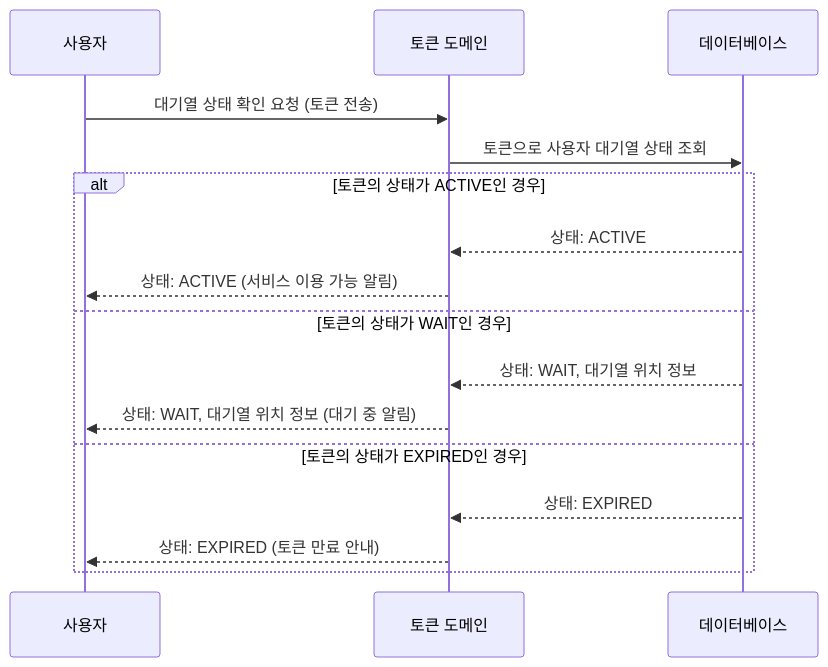
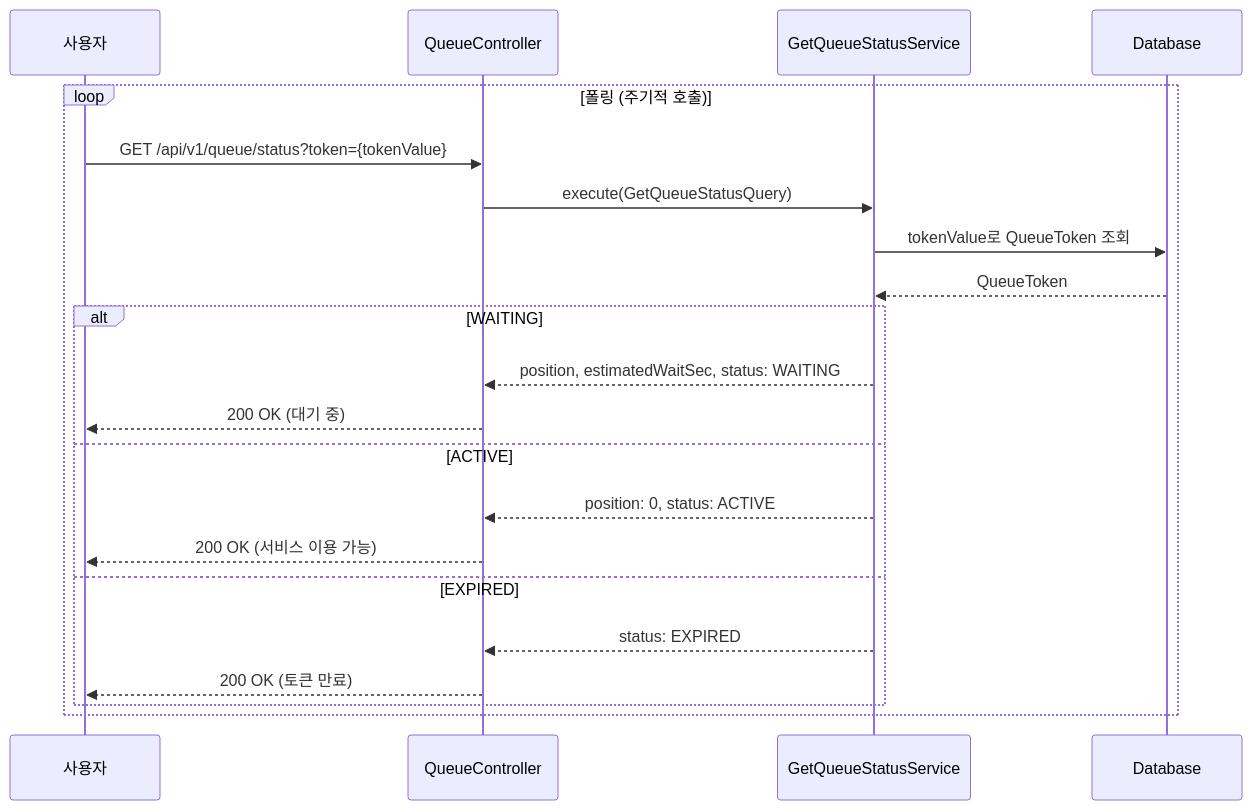
The second of 10 diagrams in docs/02_SequenceDiagram.md (jhwon91/concert-reservation-system), drawn with Mermaid before and after one commit. The commit also changed other lines of this file and 4 other files, not shown here.

````diff
--- a/docs/02_SequenceDiagram.md
+++ b/docs/02_SequenceDiagram.md
@@ -47,21 +35,25 @@
 ```mermaid
 sequenceDiagram
+    participant Client as 사용자
+    participant Controller as QueueController
+    participant Service as GetQueueStatusService
+    participant DB as Database
 
-    participant Client as 사용자
-    participant tokenDomain as 토큰 도메인
-    participant Database as 데이터베이스
+    loop 폴링 (주기적 호출)
+        Client->>Controller: GET /api/v1/queue/status?token={tokenValue}
+        Controller->>Service: execute(GetQueueStatusQuery)
+        Service->>DB: tokenValue로 QueueToken 조회
+        DB-->>Service: QueueToken
 
-    Client->>tokenDomain: 대기열 상태 확인 요청 (토큰 전송)
-    tokenDomain->>Database: 토큰으로 사용자 대기열 상태 조회
-
-    alt 토큰의 상태가 ACTIVE인 경우
-        Database-->>tokenDomain: 상태: ACTIVE
-        tokenDomain-->>Client: 상태: ACTIVE (서비스 이용 가능 알림)
-    else 토큰의 상태가 WAIT인 경우
-        Database-->>tokenDomain: 상태: WAIT, 대기열 위치 정보
-        tokenDomain-->>Client: 상태: WAIT, 대기열 위치 정보 (대기 중 알림)
-    else 토큰의 상태가 EXPIRED인 경우
-        Database-->>tokenDomain: 상태: EXPIRED
-        tokenDomain-->>Client: 상태: EXPIRED (토큰 만료 안내)
+        alt WAITING
+            Service-->>Controller: position, estimatedWaitSec, status: WAITING
+            Controller-->>Client: 200 OK (대기 중)
+        else ACTIVE
+            Service-->>Controller: position: 0, status: ACTIVE
+            Controller-->>Client: 200 OK (서비스 이용 가능)
+        else EXPIRED
+            Service-->>Controller: status: EXPIRED
+            Controller-->>Client: 200 OK (토큰 만료)
+        end
     end
 ```
````
